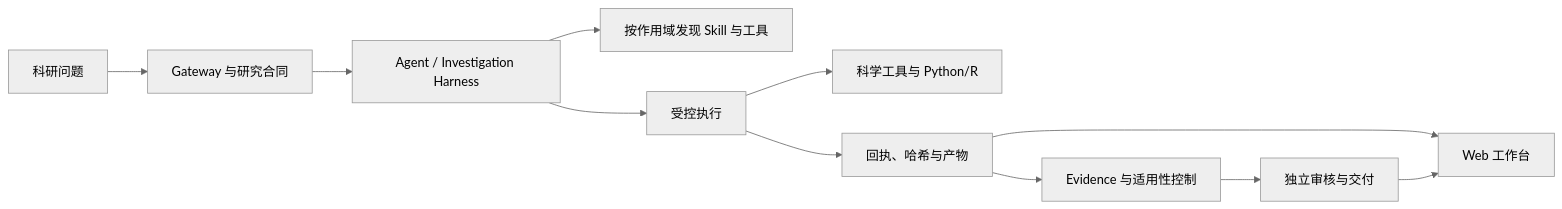
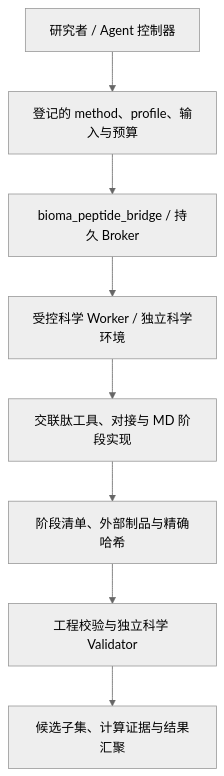
One commit to YuyangSunshine/bioma-peptide changed the diagram in README_zh.md. Above: the diagram before and after it, drawn with Mermaid (neutral theme). The commit also changed other lines of this file and 2 other files, not shown here.

Commit message:
Document peptide architecture workflows validation and current limitations

````diff
--- a/README_zh.md
+++ b/README_zh.md
@@ -38,13 +32,10 @@
 ```mermaid
-flowchart LR
-    U[科研问题] --> G[Gateway 与研究合同]
-    G --> A[Agent / Investigation Harness]
-    A --> S[按作用域发现 Skill 与工具]
-    A --> X[受控执行]
-    X --> T[科学工具与 Python/R]
-    X --> R[回执、哈希与产物]
-    R --> E[Evidence 与适用性控制]
-    E --> D[独立审核与交付]
-    R --> W[Web 工作台]
-    D --> W
+flowchart TD
+    A[研究者 / Agent 控制器] --> B[登记的 method、profile、输入与预算]
+    B --> C[bioma_peptide_bridge / 持久 Broker]
+    C --> D[受控科学 Worker / 独立科学环境]
+    D --> E[交联肽工具、对接与 MD 阶段实现]
+    E --> F[阶段清单、外部制品与精确哈希]
+    F --> G[工程校验与独立科学 Validator]
+    G --> H[候选子集、计算证据与结果汇聚]
 ```
````
